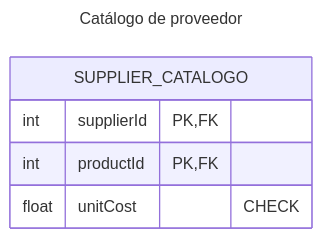
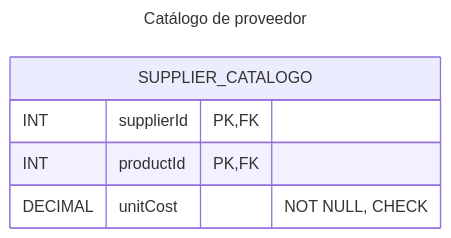
Diagram 26 of 30 in 4to-Cuatrimestre/fundamentos-base-datos/proyecto/proyecto.md (rosendocamal/homeworks), drawn with Mermaid before and after one commit. The commit also changed other lines of this file and 1 other file, not shown here.

````diff
--- a/4to-Cuatrimestre/fundamentos-base-datos/proyecto/proyecto.md
+++ b/4to-Cuatrimestre/fundamentos-base-datos/proyecto/proyecto.md
@@ -497,11 +497,11 @@
 ```mermaid
 ---
 title: Catálogo de proveedor
 ---
 erDiagram
 	SUPPLIER_CATALOGO {
-		int supplierId PK,FK
-		int productId PK,FK
-		float unitCost "CHECK"
+		INT supplierId PK,FK
+		INT productId PK,FK
+		DECIMAL unitCost "NOT NULL, CHECK"
 	}
 ```
````
